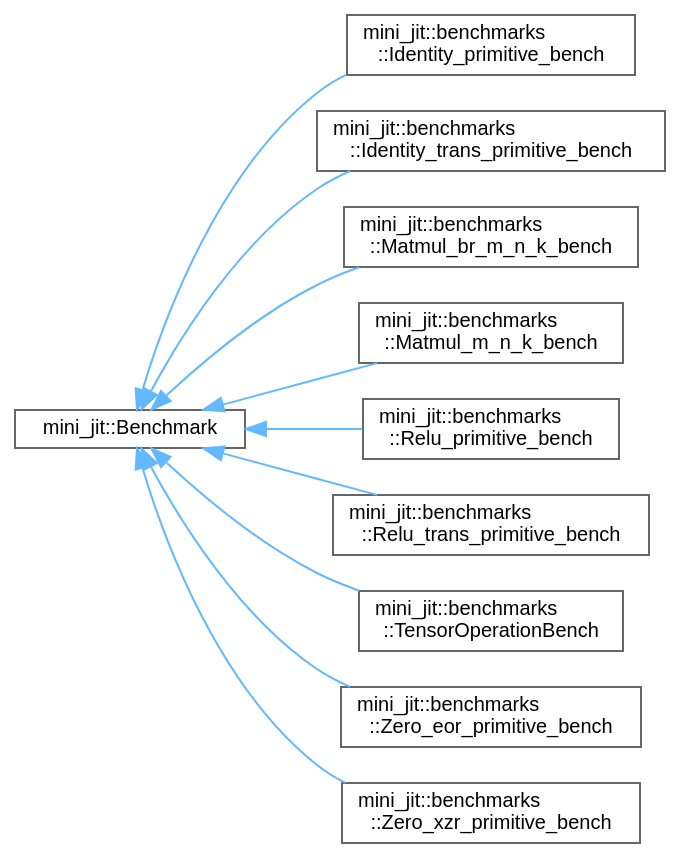
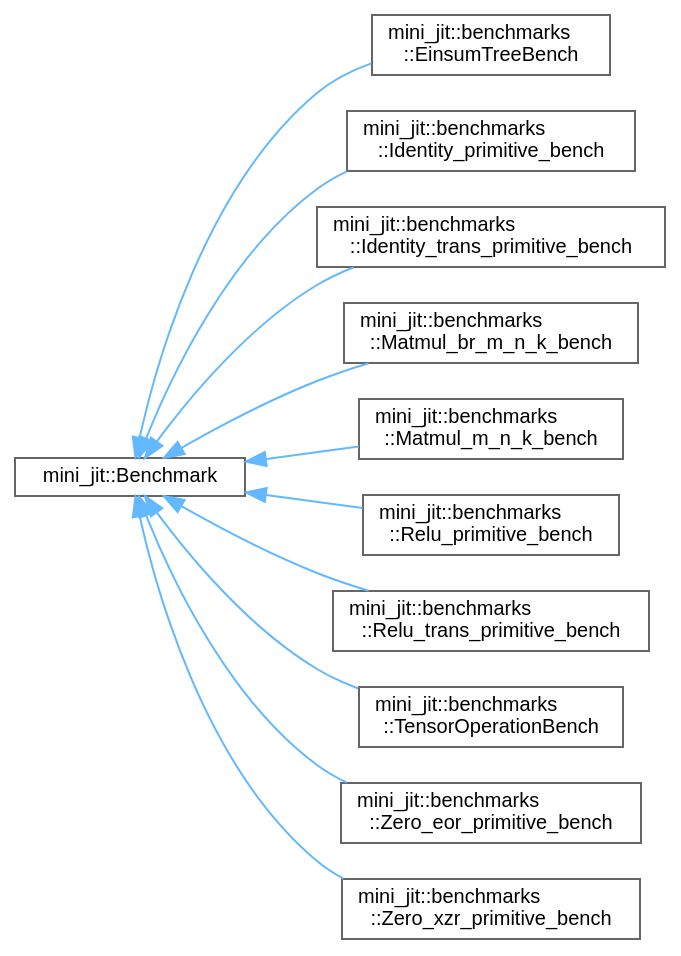
The diagram in inherit_graph_0.dot (Shad00Z/machine-learning-compilers), drawn with Graphviz before and after one commit. The commit also changed 96 other files, not shown here.

```diff
--- a/inherit_graph_0.dot
+++ b/inherit_graph_0.dot
@@ -1,27 +1,29 @@
 digraph "Graphical Class Hierarchy"
 {
  // LATEX_PDF_SIZE
   bgcolor="transparent";
   edge [fontname=Helvetica,fontsize=10,labelfontname=Helvetica,labelfontsize=10];
   node [fontname=Helvetica,fontsize=10,shape=box,height=0.2,width=0.4];
   rankdir="LR";
   Node0 [id="Node000000",label="mini_jit::Benchmark",height=0.2,width=0.4,color="grey40", fillcolor="white", style="filled",URL="$classmini__jit_1_1Benchmark.html",tooltip=" "];
   Node0 -> Node1 [id="edge1_Node000000_Node000001",dir="back",color="steelblue1",style="solid",tooltip=" "];
-  Node1 [id="Node000001",label="mini_jit::benchmarks\l::Identity_primitive_bench",height=0.2,width=0.4,color="grey40", fillcolor="white", style="filled",URL="$classmini__jit_1_1benchmarks_1_1Identity__primitive__bench.html",tooltip=" "];
+  Node1 [id="Node000001",label="mini_jit::benchmarks\l::EinsumTreeBench",height=0.2,width=0.4,color="grey40", fillcolor="white", style="filled",URL="$classmini__jit_1_1benchmarks_1_1EinsumTreeBench.html",tooltip=" "];
   Node0 -> Node2 [id="edge2_Node000000_Node000002",dir="back",color="steelblue1",style="solid",tooltip=" "];
-  Node2 [id="Node000002",label="mini_jit::benchmarks\l::Identity_trans_primitive_bench",height=0.2,width=0.4,color="grey40", fillcolor="white", style="filled",URL="$classmini__jit_1_1benchmarks_1_1Identity__trans__primitive__bench.html",tooltip=" "];
+  Node2 [id="Node000002",label="mini_jit::benchmarks\l::Identity_primitive_bench",height=0.2,width=0.4,color="grey40", fillcolor="white", style="filled",URL="$classmini__jit_1_1benchmarks_1_1Identity__primitive__bench.html",tooltip=" "];
   Node0 -> Node3 [id="edge3_Node000000_Node000003",dir="back",color="steelblue1",style="solid",tooltip=" "];
-  Node3 [id="Node000003",label="mini_jit::benchmarks\l::Matmul_br_m_n_k_bench",height=0.2,width=0.4,color="grey40", fillcolor="white", style="filled",URL="$classmini__jit_1_1benchmarks_1_1Matmul__br__m__n__k__bench.html",tooltip="Benchmark for matrix multiplication using BRGEMM."];
+  Node3 [id="Node000003",label="mini_jit::benchmarks\l::Identity_trans_primitive_bench",height=0.2,width=0.4,color="grey40", fillcolor="white", style="filled",URL="$classmini__jit_1_1benchmarks_1_1Identity__trans__primitive__bench.html",tooltip=" "];
   Node0 -> Node4 [id="edge4_Node000000_Node000004",dir="back",color="steelblue1",style="solid",tooltip=" "];
-  Node4 [id="Node000004",label="mini_jit::benchmarks\l::Matmul_m_n_k_bench",height=0.2,width=0.4,color="grey40", fillcolor="white", style="filled",URL="$classmini__jit_1_1benchmarks_1_1Matmul__m__n__k__bench.html",tooltip=" "];
+  Node4 [id="Node000004",label="mini_jit::benchmarks\l::Matmul_br_m_n_k_bench",height=0.2,width=0.4,color="grey40", fillcolor="white", style="filled",URL="$classmini__jit_1_1benchmarks_1_1Matmul__br__m__n__k__bench.html",tooltip="Benchmark for matrix multiplication using BRGEMM."];
   Node0 -> Node5 [id="edge5_Node000000_Node000005",dir="back",color="steelblue1",style="solid",tooltip=" "];
-  Node5 [id="Node000005",label="mini_jit::benchmarks\l::Relu_primitive_bench",height=0.2,width=0.4,color="grey40", fillcolor="white", style="filled",URL="$classmini__jit_1_1benchmarks_1_1Relu__primitive__bench.html",tooltip=" "];
+  Node5 [id="Node000005",label="mini_jit::benchmarks\l::Matmul_m_n_k_bench",height=0.2,width=0.4,color="grey40", fillcolor="white", style="filled",URL="$classmini__jit_1_1benchmarks_1_1Matmul__m__n__k__bench.html",tooltip=" "];
   Node0 -> Node6 [id="edge6_Node000000_Node000006",dir="back",color="steelblue1",style="solid",tooltip=" "];
-  Node6 [id="Node000006",label="mini_jit::benchmarks\l::Relu_trans_primitive_bench",height=0.2,width=0.4,color="grey40", fillcolor="white", style="filled",URL="$classmini__jit_1_1benchmarks_1_1Relu__trans__primitive__bench.html",tooltip=" "];
+  Node6 [id="Node000006",label="mini_jit::benchmarks\l::Relu_primitive_bench",height=0.2,width=0.4,color="grey40", fillcolor="white", style="filled",URL="$classmini__jit_1_1benchmarks_1_1Relu__primitive__bench.html",tooltip=" "];
   Node0 -> Node7 [id="edge7_Node000000_Node000007",dir="back",color="steelblue1",style="solid",tooltip=" "];
-  Node7 [id="Node000007",label="mini_jit::benchmarks\l::TensorOperationBench",height=0.2,width=0.4,color="grey40", fillcolor="white", style="filled",URL="$classmini__jit_1_1benchmarks_1_1TensorOperationBench.html",tooltip=" "];
+  Node7 [id="Node000007",label="mini_jit::benchmarks\l::Relu_trans_primitive_bench",height=0.2,width=0.4,color="grey40", fillcolor="white", style="filled",URL="$classmini__jit_1_1benchmarks_1_1Relu__trans__primitive__bench.html",tooltip=" "];
   Node0 -> Node8 [id="edge8_Node000000_Node000008",dir="back",color="steelblue1",style="solid",tooltip=" "];
-  Node8 [id="Node000008",label="mini_jit::benchmarks\l::Zero_eor_primitive_bench",height=0.2,width=0.4,color="grey40", fillcolor="white", style="filled",URL="$classmini__jit_1_1benchmarks_1_1Zero__eor__primitive__bench.html",tooltip=" "];
+  Node8 [id="Node000008",label="mini_jit::benchmarks\l::TensorOperationBench",height=0.2,width=0.4,color="grey40", fillcolor="white", style="filled",URL="$classmini__jit_1_1benchmarks_1_1TensorOperationBench.html",tooltip=" "];
   Node0 -> Node9 [id="edge9_Node000000_Node000009",dir="back",color="steelblue1",style="solid",tooltip=" "];
-  Node9 [id="Node000009",label="mini_jit::benchmarks\l::Zero_xzr_primitive_bench",height=0.2,width=0.4,color="grey40", fillcolor="white", style="filled",URL="$classmini__jit_1_1benchmarks_1_1Zero__xzr__primitive__bench.html",tooltip=" "];
+  Node9 [id="Node000009",label="mini_jit::benchmarks\l::Zero_eor_primitive_bench",height=0.2,width=0.4,color="grey40", fillcolor="white", style="filled",URL="$classmini__jit_1_1benchmarks_1_1Zero__eor__primitive__bench.html",tooltip=" "];
+  Node0 -> Node10 [id="edge10_Node000000_Node000010",dir="back",color="steelblue1",style="solid",tooltip=" "];
+  Node10 [id="Node000010",label="mini_jit::benchmarks\l::Zero_xzr_primitive_bench",height=0.2,width=0.4,color="grey40", fillcolor="white", style="filled",URL="$classmini__jit_1_1benchmarks_1_1Zero__xzr__primitive__bench.html",tooltip=" "];
 }
```
